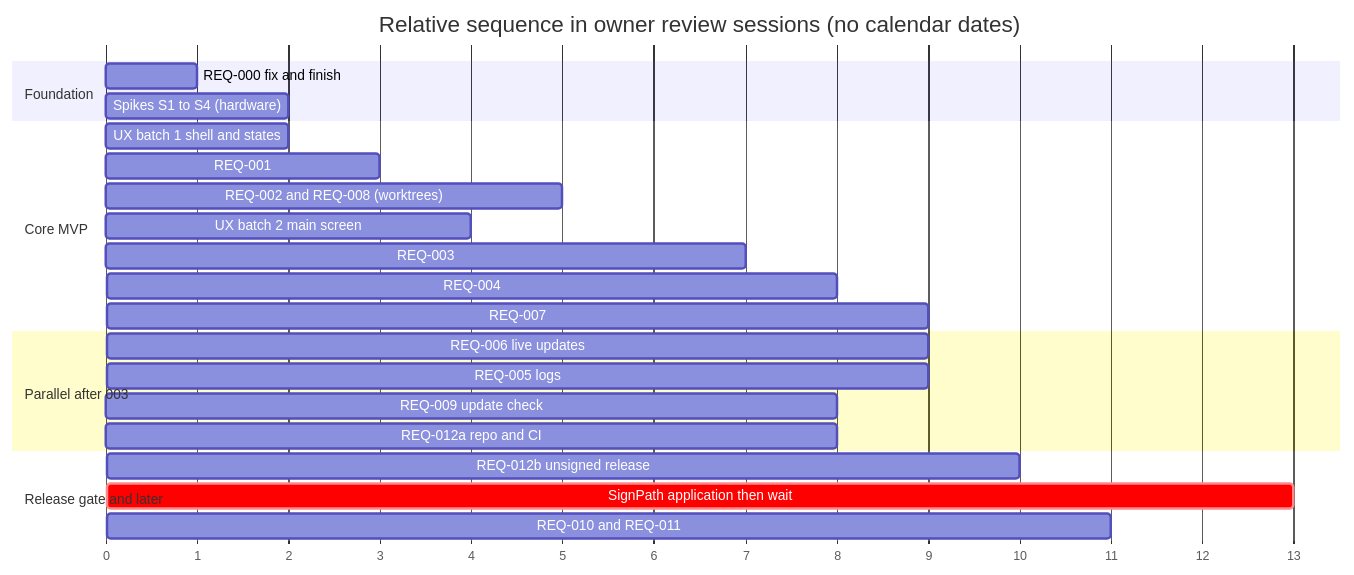
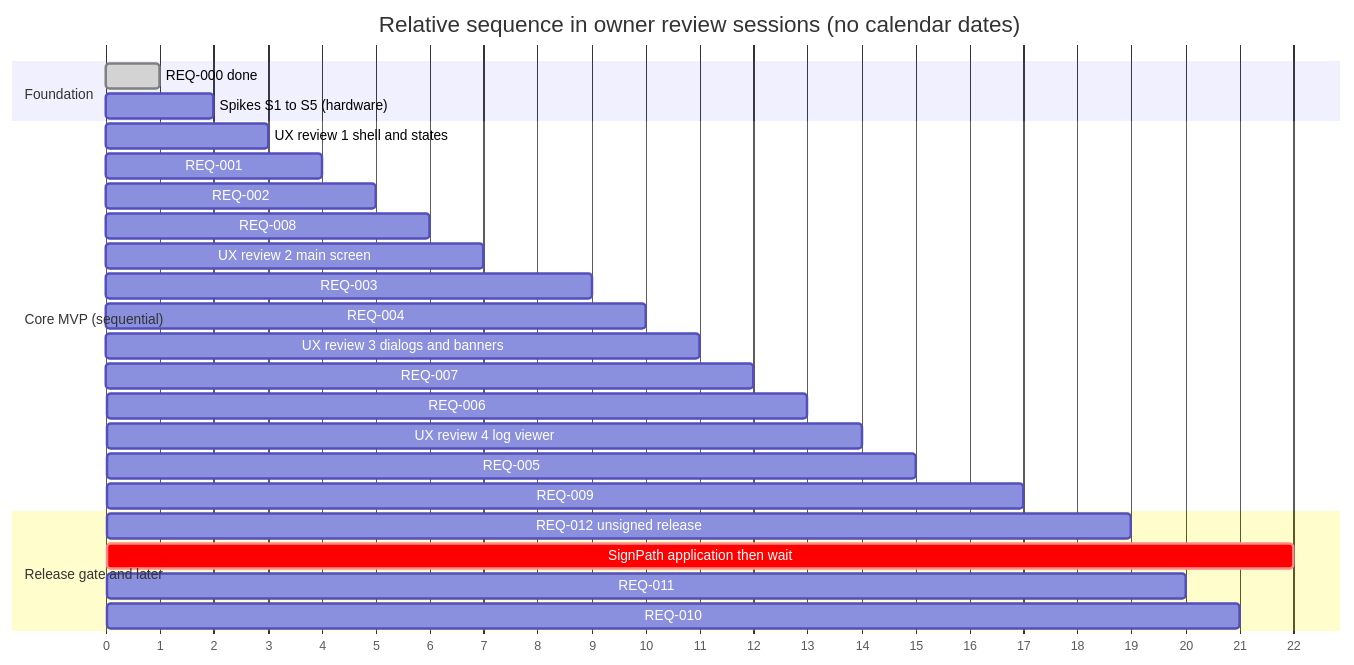
One commit to Vatthanachai/wslc-manager changed the second of 2 diagrams in obsidians/pm/roadmap.md. Above: the diagram before and after it, drawn with Mermaid. The commit also changed other lines of this file and 1 other file, not shown here.

Commit message:
docs(pm): update roadmap with 10 h/week and sequential dev

````diff
--- a/obsidians/pm/roadmap.md
+++ b/obsidians/pm/roadmap.md
@@ -151,26 +164,28 @@
 ```mermaid
 gantt
   title Relative sequence in owner review sessions (no calendar dates)
   dateFormat X
   axisFormat %s
   section Foundation
-  REQ-000 fix and finish          :a0, 0, 1
-  Spikes S1 to S4 (hardware)      :s1, 0, 2
-  section Core MVP
-  UX batch 1 shell and states     :u1, 1, 2
-  REQ-001                         :a1, 2, 3
-  REQ-002 and REQ-008 (worktrees) :a2, 3, 5
-  UX batch 2 main screen          :u2, 3, 4
-  REQ-003                         :a3, 5, 7
-  REQ-004                         :a4, 7, 8
-  REQ-007                         :a7, 8, 9
-  section Parallel after 003
-  REQ-006 live updates            :a6, 7, 9
-  REQ-005 logs                    :a5, 7, 9
-  REQ-009 update check            :a9, 5, 8
-  REQ-012a repo and CI            :a12a, 4, 8
+  REQ-000 done                    :done, a0, 0, 1
+  Spikes S1 to S5 (hardware)      :s1, 1, 2
+  section Core MVP (sequential)
+  UX review 1 shell and states    :u1, 2, 3
+  REQ-001                         :a1, 3, 4
+  REQ-002                         :a2, 4, 5
+  REQ-008                         :a8, 5, 6
+  UX review 2 main screen         :u2, 6, 7
+  REQ-003                         :a3, 7, 9
+  REQ-004                         :a4, 9, 10
+  UX review 3 dialogs and banners :u3, 10, 11
+  REQ-007                         :a7, 11, 12
+  REQ-006                         :a6, 12, 13
+  UX review 4 log viewer          :u4, 13, 14
+  REQ-005                         :a5, 14, 15
+  REQ-009                         :a9, 15, 17
   section Release gate and later
-  REQ-012b unsigned release       :a12b, 9, 10
-  SignPath application then wait  :crit, w, 10, 13
-  REQ-010 and REQ-011             :a10, 9, 11
+  REQ-012 unsigned release        :a12, 17, 19
+  SignPath application then wait  :crit, w, 19, 22
+  REQ-011                         :a11, 19, 20
+  REQ-010                         :a10, 20, 21
 ```
````
